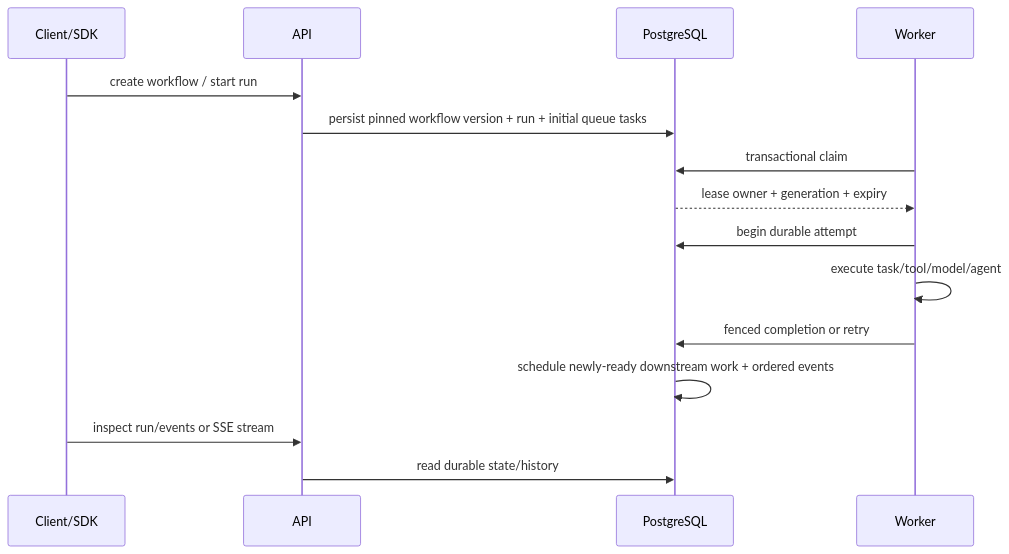
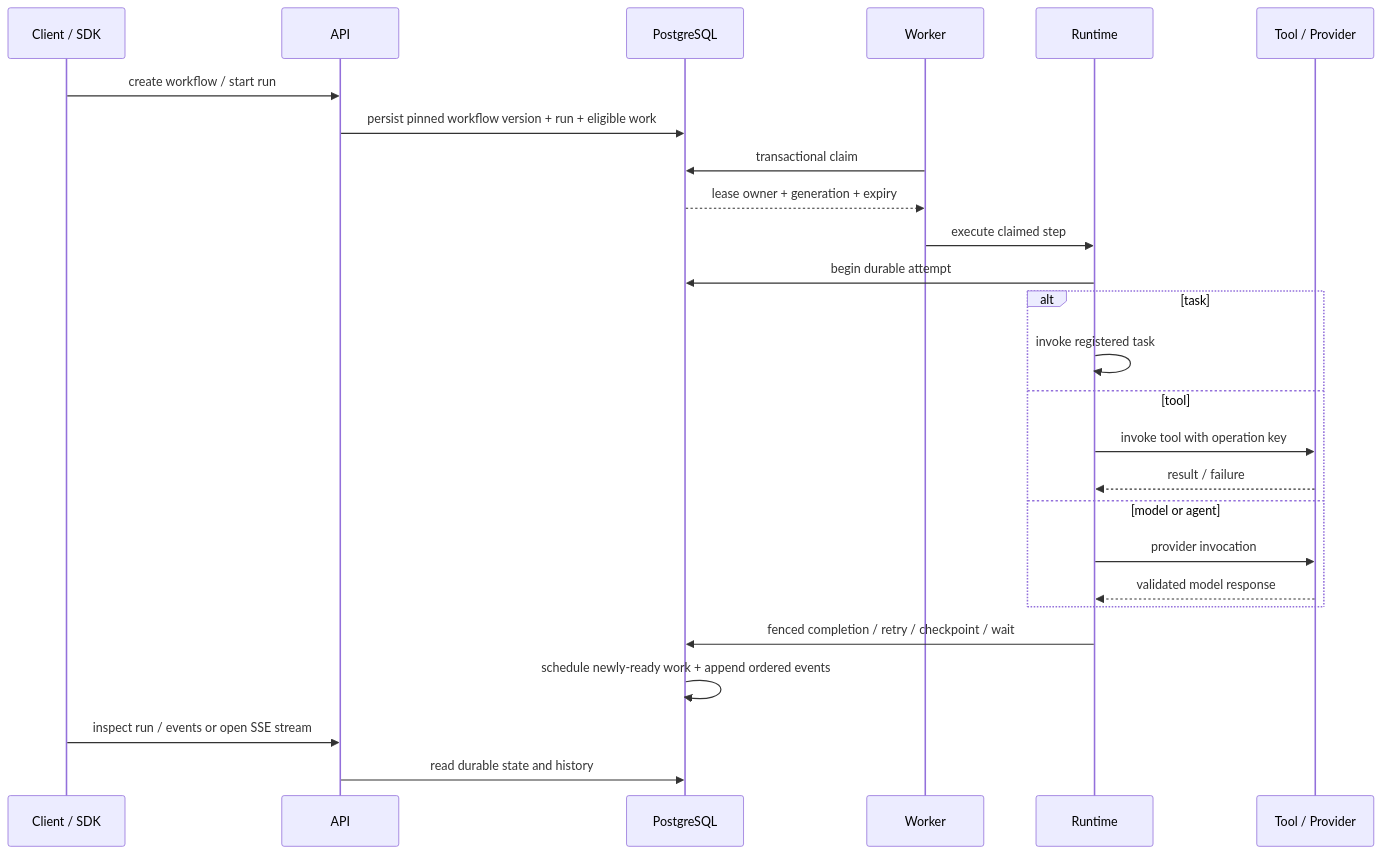
Before and after one commit to SaridakisStamatisChristos/AgentForge: the second of 2 diagrams in docs/architecture.md, drawn with Mermaid. The commit also changed other lines of this file and 28 other files, not shown here.

````diff
--- a/docs/architecture.md
+++ b/docs/architecture.md
@@ -43,17 +104,29 @@
 ```mermaid
 sequenceDiagram
-  participant C as Client/SDK
+  participant C as Client / SDK
   participant A as API
   participant P as PostgreSQL
   participant W as Worker
+  participant R as Runtime
+  participant X as Tool / Provider
+
   C->>A: create workflow / start run
-  A->>P: persist pinned workflow version + run + initial queue tasks
+  A->>P: persist pinned workflow version + run + eligible work
   W->>P: transactional claim
   P-->>W: lease owner + generation + expiry
-  W->>P: begin durable attempt
-  W->>W: execute task/tool/model/agent
-  W->>P: fenced completion or retry
-  P->>P: schedule newly-ready downstream work + ordered events
-  C->>A: inspect run/events or SSE stream
-  A->>P: read durable state/history
+  W->>R: execute claimed step
+  R->>P: begin durable attempt
+  alt task
+    R->>R: invoke registered task
+  else tool
+    R->>X: invoke tool with operation key
+    X-->>R: result / failure
+  else model or agent
+    R->>X: provider invocation
+    X-->>R: validated model response
+  end
+  R->>P: fenced completion / retry / checkpoint / wait
+  P->>P: schedule newly-ready work + append ordered events
+  C->>A: inspect run / events or open SSE stream
+  A->>P: read durable state and history
 ```
````
